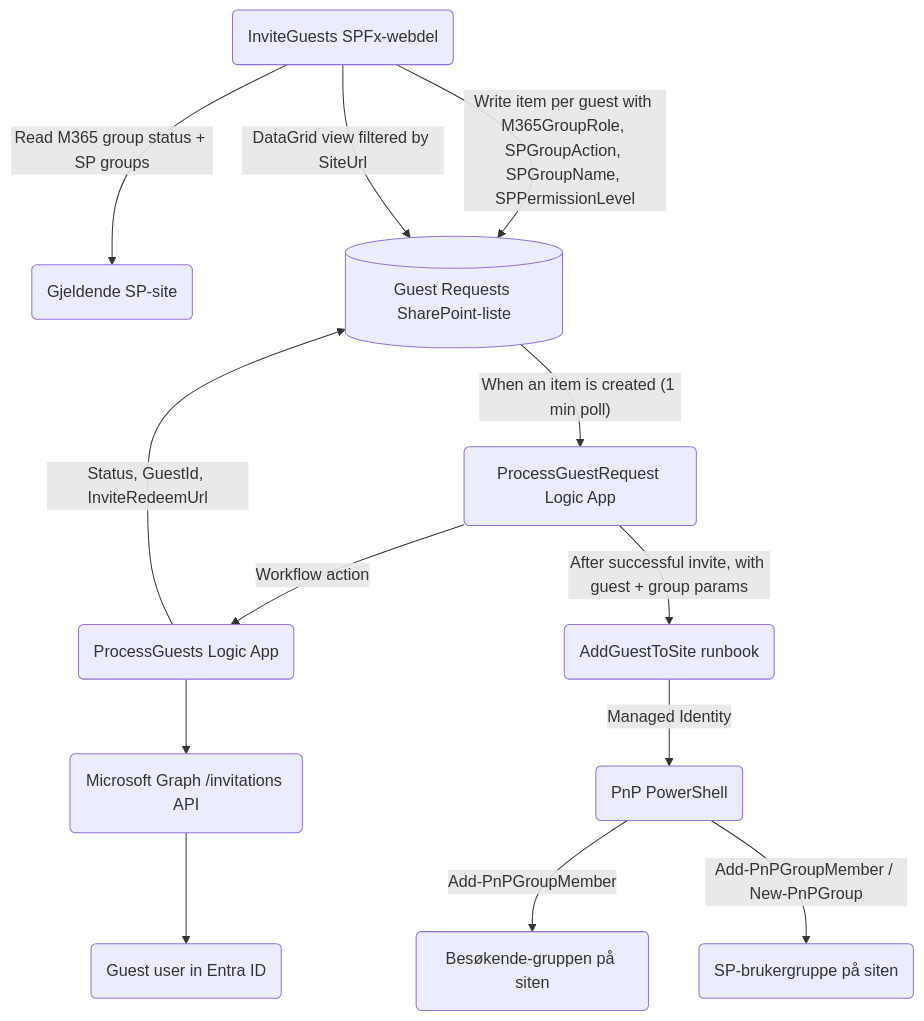
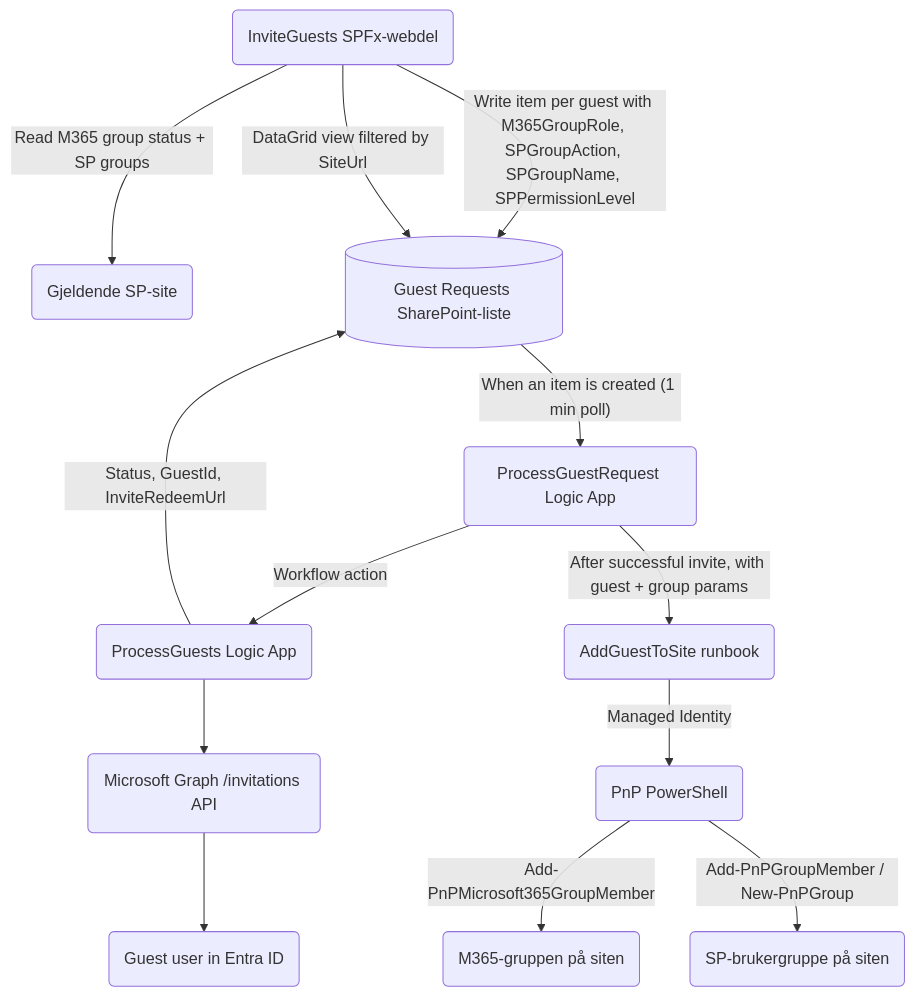
The second of 2 diagrams in Teknisk-losningsbeskrivelse.md (Puzzlepart/bestillingsportalen), drawn with Mermaid before and after one commit. The commit also changed other lines of this file and 13 other files, not shown here.

First line of the commit message:
Rett gjesterollen: Gjest er gjestemedlemskap i M365-gruppen, ikke Besøkende

````diff
--- a/Teknisk-losningsbeskrivelse.md
+++ b/Teknisk-losningsbeskrivelse.md
@@ -32,14 +32,14 @@
 ``` mermaid
 graph TD
     A(InviteGuests SPFx-webdel) --> | Read M365 group status + SP groups | A2(Gjeldende SP-site)
     A --> | Write item per guest with M365GroupRole, SPGroupAction, SPGroupName, SPPermissionLevel | B[("Guest Requests SharePoint-liste")]
     B --> |"When an item is created (1 min poll)"| C(ProcessGuestRequest Logic App)
     C --> | Workflow action | D(ProcessGuests Logic App)
     D --> E(Microsoft Graph /invitations API) --> F(Guest user in Entra ID)
     D --> | Status, GuestId, InviteRedeemUrl | B
     C --> | After successful invite, with guest + group params | G(AddGuestToSite runbook)
     G --> | Managed Identity | H(PnP PowerShell)
-    H --> | Add-PnPGroupMember | I2(Besøkende-gruppen på siten)
+    H --> | Add-PnPMicrosoft365GroupMember | I2(M365-gruppen på siten)
     H --> | Add-PnPGroupMember / New-PnPGroup | J2(SP-brukergruppe på siten)
     A --> | DataGrid view filtered by SiteUrl | B
 ```
````
